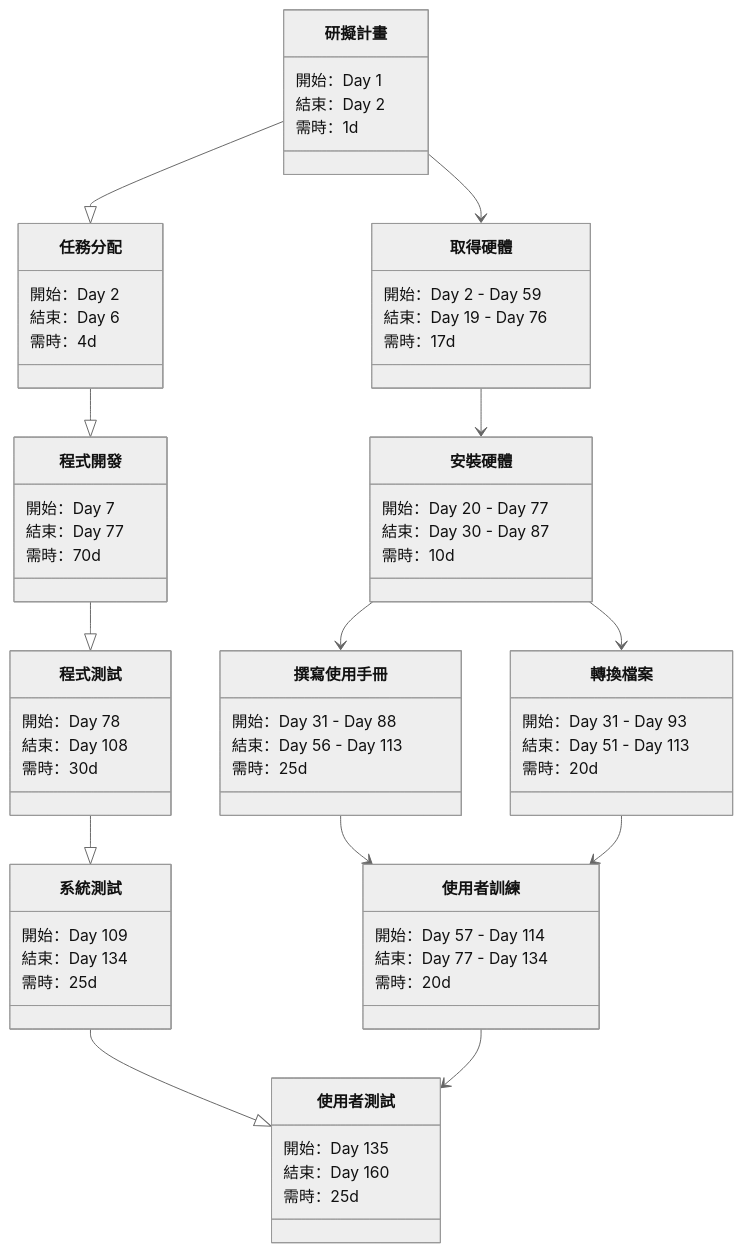
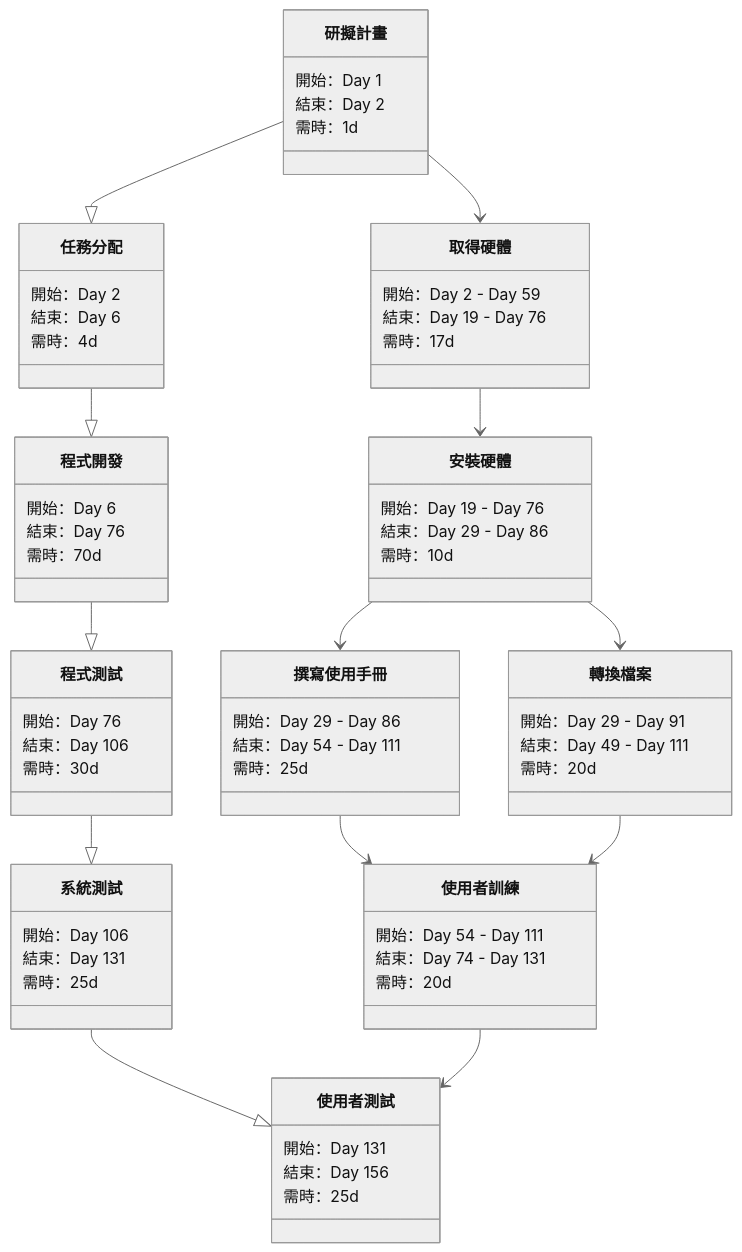
The first of 3 diagrams in hw2.md (MoRedChen/2022-3a), drawn with Mermaid (neutral theme) before and after one commit. The commit also changed other lines of this file, not shown here.

````diff
--- a/hw2.md
+++ b/hw2.md
@@ -20,60 +20,60 @@
 ```mermaid
 classDiagram
 
 研擬計畫 --|> 任務分配
 研擬計畫 --> 取得硬體
 任務分配 --|> 程式開發
 取得硬體 --> 安裝硬體
 程式開發 --|> 程式測試
 安裝硬體 --> 撰寫使用手冊
 安裝硬體 --> 轉換檔案
 程式測試 --|> 系統測試
 撰寫使用手冊 --> 使用者訓練
 轉換檔案 --> 使用者訓練
 系統測試 --|> 使用者測試
 使用者訓練 --> 使用者測試
 
 研擬計畫 : 開始：Day 1
 研擬計畫 : 結束：Day 2
 研擬計畫 : 需時：1d
 
 任務分配 : 開始：Day 2
 任務分配 : 結束：Day 6
 任務分配 : 需時：4d
 
 取得硬體 : 開始：Day 2 - Day 59
 取得硬體 : 結束：Day 19 - Day 76
 取得硬體 : 需時：17d
 
-程式開發 : 開始：Day 7
-程式開發 : 結束：Day 77
+程式開發 : 開始：Day 6
+程式開發 : 結束：Day 76
 程式開發 : 需時：70d
 
-安裝硬體 : 開始：Day 20 - Day 77
-安裝硬體 : 結束：Day 30 - Day 87
+安裝硬體 : 開始：Day 19 - Day 76
+安裝硬體 : 結束：Day 29 - Day 86
 安裝硬體 : 需時：10d
 
-程式測試 : 開始：Day 78
-程式測試 : 結束：Day 108
+程式測試 : 開始：Day 76
+程式測試 : 結束：Day 106
 程式測試 : 需時：30d
 
-撰寫使用手冊 : 開始：Day 31 - Day 88
-撰寫使用手冊 : 結束：Day 56 - Day 113
+撰寫使用手冊 : 開始：Day 29 - Day 86
+撰寫使用手冊 : 結束：Day 54 - Day 111
 撰寫使用手冊 : 需時：25d
 
-轉換檔案 : 開始：Day 31 - Day 93
-轉換檔案 : 結束：Day 51 - Day 113
+轉換檔案 : 開始：Day 29 - Day 91
+轉換檔案 : 結束：Day 49 - Day 111
 轉換檔案 : 需時：20d
 
-系統測試 : 開始：Day 109
-系統測試 : 結束：Day 134
+系統測試 : 開始：Day 106
+系統測試 : 結束：Day 131
 系統測試 : 需時：25d
 
-使用者訓練 : 開始：Day 57 - Day 114
-使用者訓練 : 結束：Day 77 - Day 134
+使用者訓練 : 開始：Day 54 - Day 111
+使用者訓練 : 結束：Day 74 - Day 131
 使用者訓練 : 需時：20d
 
-使用者測試 : 開始：Day 135
-使用者測試 : 結束：Day 160
+使用者測試 : 開始：Day 131
+使用者測試 : 結束：Day 156
 使用者測試 : 需時：25d
 ```
````
